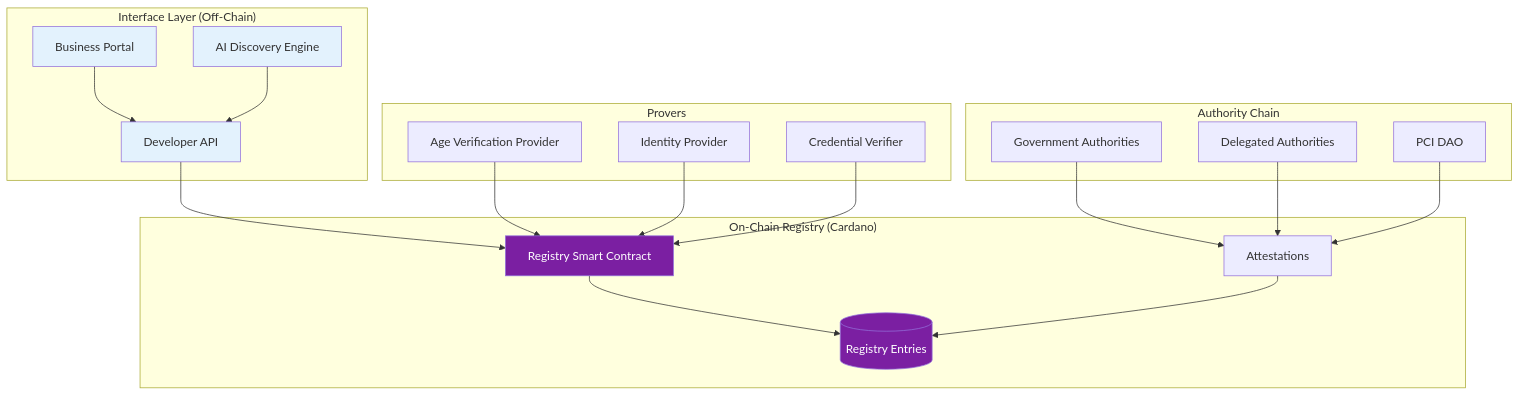
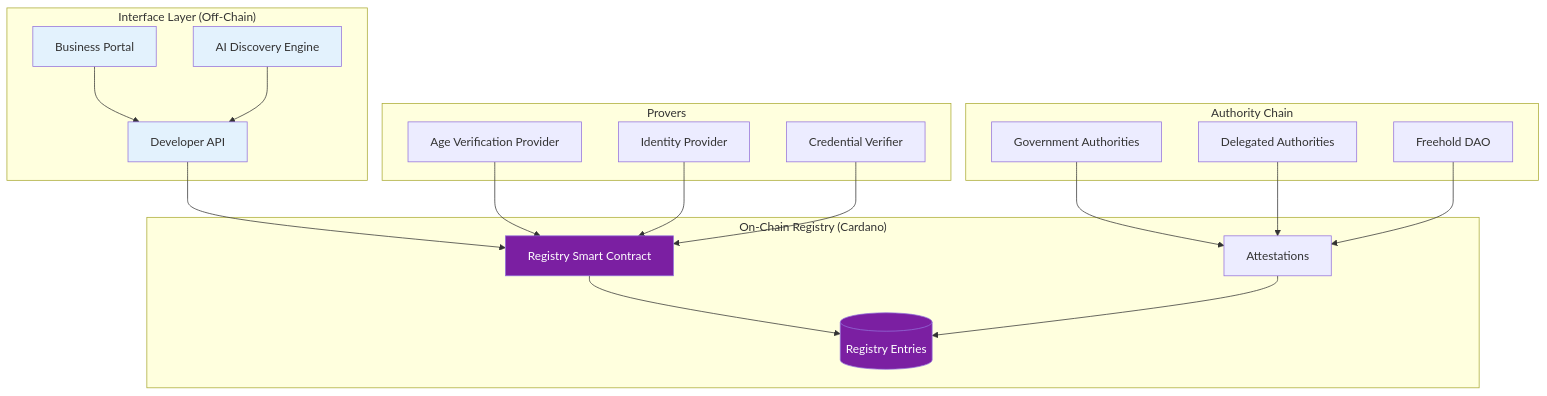
One commit to freehold-earth/freehold changed the third of 8 diagrams in docs/architecture/diagrams.md. Above: the diagram before and after it, drawn with Mermaid. The commit also changed other lines of this file and 22 other files, not shown here.

First line of the commit message:
Rename the project from PCI to Freehold in documents and READMEs

````diff
--- a/docs/architecture/diagrams.md
+++ b/docs/architecture/diagrams.md
@@ -92,46 +92,46 @@
 ```mermaid
 graph TB
     subgraph "Interface Layer (Off-Chain)"
         BP[Business Portal]
         AI[AI Discovery Engine]
         DAPI[Developer API]
     end
 
     subgraph "On-Chain Registry (Cardano)"
         REG[(Registry Entries)]
         SC[Registry Smart Contract]
         ATT[Attestations]
     end
 
     subgraph "Authority Chain"
         GOV[Government Authorities]
         DEL[Delegated Authorities]
-        DAO[PCI DAO]
+        DAO[Freehold DAO]
     end
 
     subgraph "Provers"
         P1[Age Verification Provider]
         P2[Identity Provider]
         P3[Credential Verifier]
     end
 
     BP --> DAPI
     AI --> DAPI
     DAPI --> SC
     SC --> REG
 
     GOV --> ATT
     DEL --> ATT
     DAO --> ATT
     ATT --> REG
 
     P1 --> SC
     P2 --> SC
     P3 --> SC
 
     style BP fill:#E3F2FD
     style AI fill:#E3F2FD
     style DAPI fill:#E3F2FD
     style REG fill:#7B1FA2,color:#fff
     style SC fill:#7B1FA2,color:#fff
 ```
````
